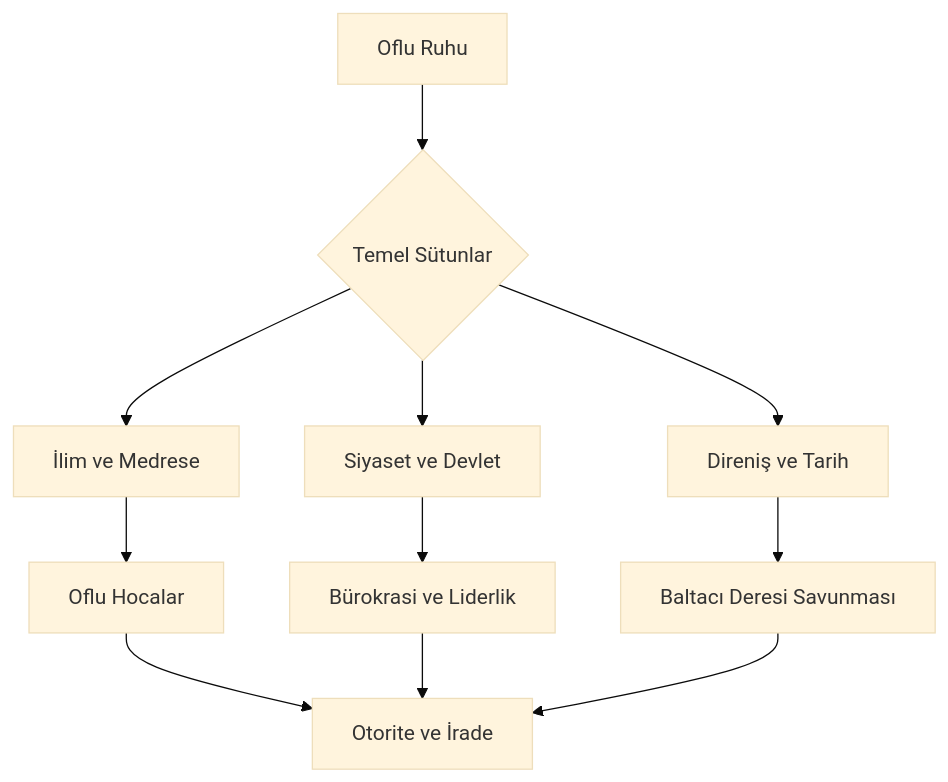
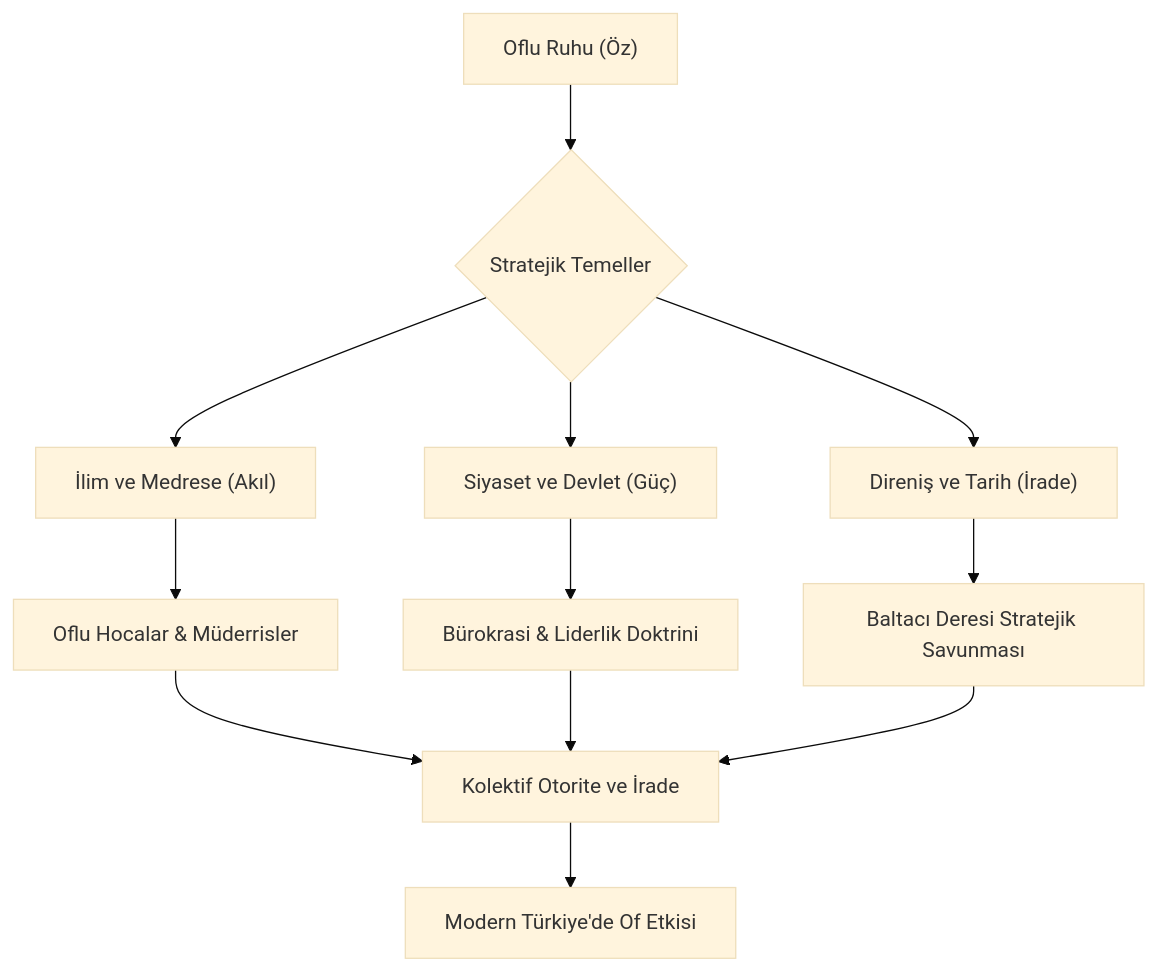
One commit to dijitalseyyah/OF-CODE changed the diagram in README.md. Above: the diagram before and after it, drawn with Mermaid (base theme). The commit also changed other lines of this file, not shown here.

````diff
--- a/README.md
+++ b/README.md
@@ -25,13 +27,14 @@
 ```mermaid
 graph TD
-    A[Oflu Ruhu] --> B{Temel Sütunlar}
-    B --> C[İlim ve Medrese]
-    B --> D[Siyaset ve Devlet]
-    B --> E[Direniş ve Tarih]
+    A["Oflu Ruhu (Öz)"] --> B{"Stratejik Temeller"}
+    B --> C["İlim ve Medrese (Akıl)"]
+    B --> D["Siyaset ve Devlet (Güç)"]
+    B --> E["Direniş ve Tarih (İrade)"]
     
-    C --> F[Oflu Hocalar]
-    D --> G[Bürokrasi ve Liderlik]
-    E --> H[Baltacı Deresi Savunması]
+    C --> F["Oflu Hocalar & Müderrisler"]
+    D --> G["Bürokrasi & Liderlik Doktrini"]
+    E --> H["Baltacı Deresi Stratejik Savunması"]
     
-    F & G & H --> I[Otorite ve İrade]
+    F & G & H --> I["Kolektif Otorite ve İrade"]
+    I --> J["Modern Türkiye'de Of Etkisi"]
 ```
````
